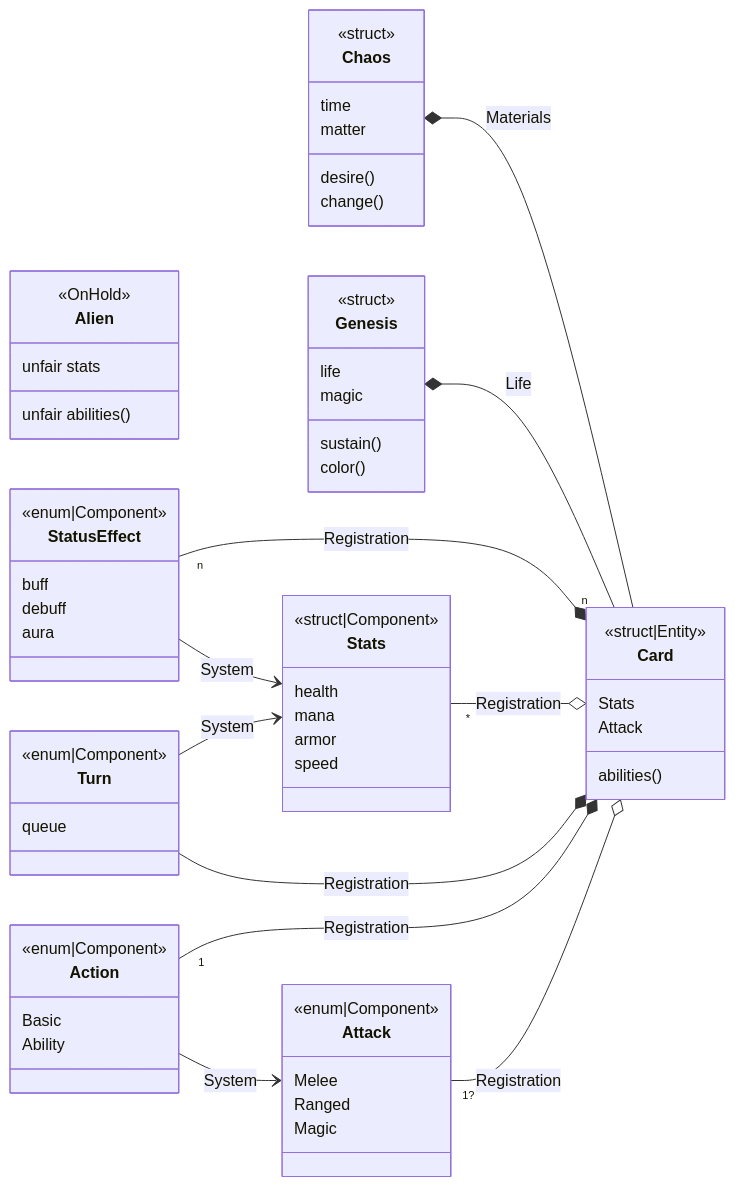
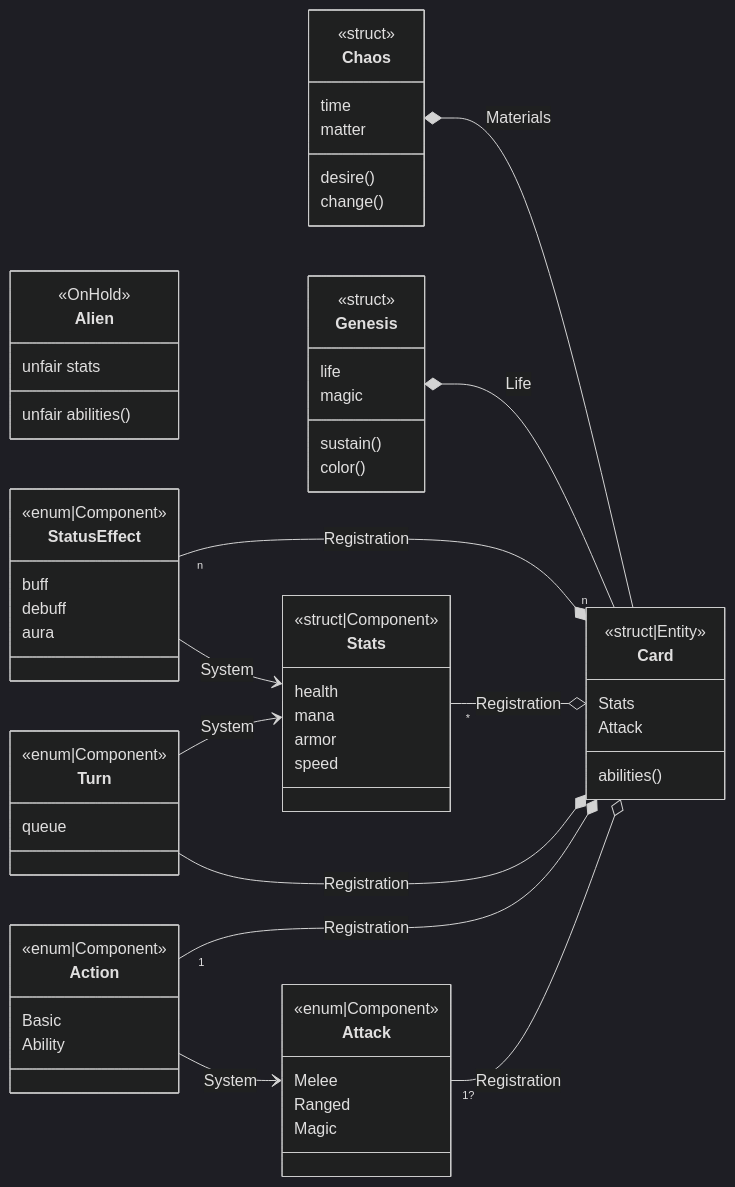
Before and after one commit to ravecrab/bevy-jam: the diagram in src/cards/README.md, drawn with Mermaid.

````diff
--- a/src/cards/README.md
+++ b/src/cards/README.md
@@ -1,80 +1,81 @@
 ```mermaid
+%%{init: { 'logLevel': 'debug', 'theme': 'dark' } }%%
 classDiagram
 direction LR
 class Chaos{
   <<struct>>
     time
     matter
     desire()
     change()
 }
 class Genesis{
   <<struct>>
     life
     magic
     sustain()
     color()
 }
 class Card{
   <<struct|Entity>>
     Stats
     Attack
     abilities()
 }
 class Alien{
   <<OnHold>>
     unfair stats
     unfair abilities()
 }
 Genesis *-- Card : Life
 Chaos *-- Card : Materials
 
 %%Card <|-- Defense
 %%Card <|-- Attacker
 %%Card <|-- Caster
 
 %%class Defense{ weight~armor~ protect() whack() }
 %%class Attacker{ speed~attack~ flurry() }
 %%class Caster{ amplify~magic~ replenish() }
 
 class Stats{
   <<struct|Component>>
     health
     mana
     armor
     speed
 }
 
 class Status Effect{
   <<enum|Component>>
     buff
     debuff
     aura
 }
 
 class Turn{
   <<enum|Component>>
     queue
 }
 
 class Attack{
   <<enum|Component>>
     Melee
     Ranged
     Magic
 }
 class Action{
   <<enum|Component>>
     Basic
     Ability
 }
 Stats "*" --o Card :Registration
 Attack "1?" --o Card :Registration
 Action "1" --* Card :Registration
 Status Effect "n" --* "n" Card :Registration
 
 Turn --> Stats : System
 Turn --* Card :Registration
 Action --> Attack : System
 Status Effect --> Stats : System
 ```
````
